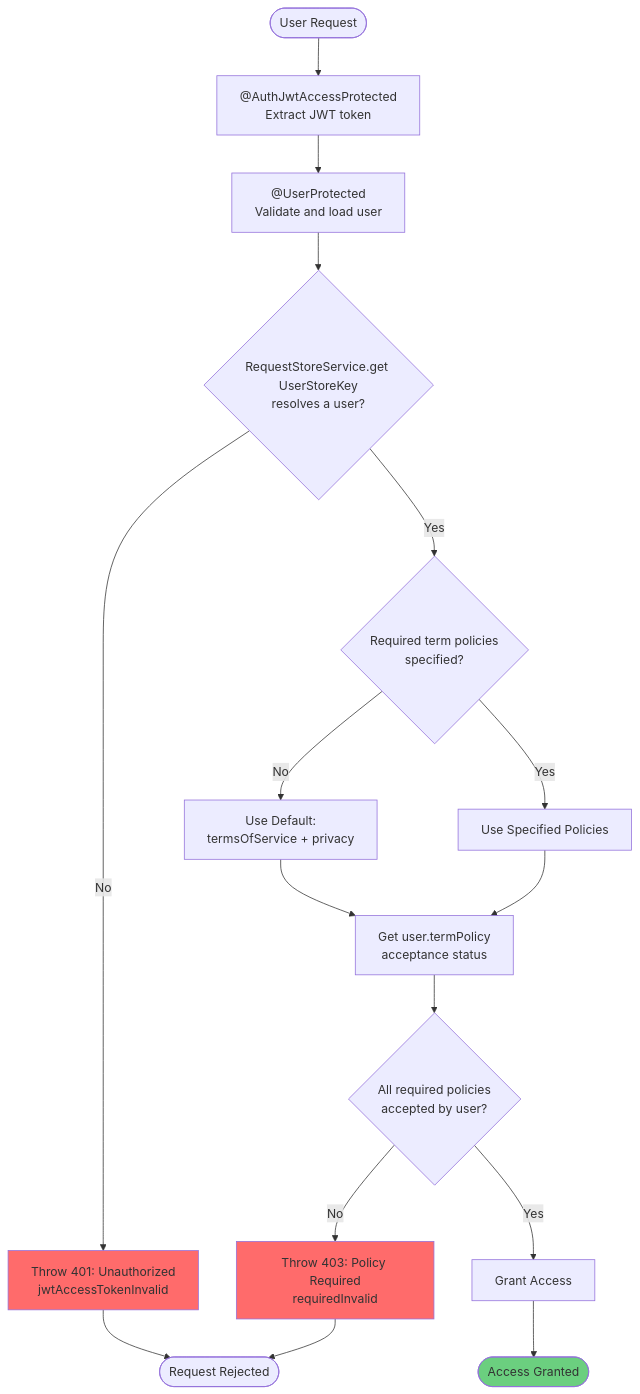
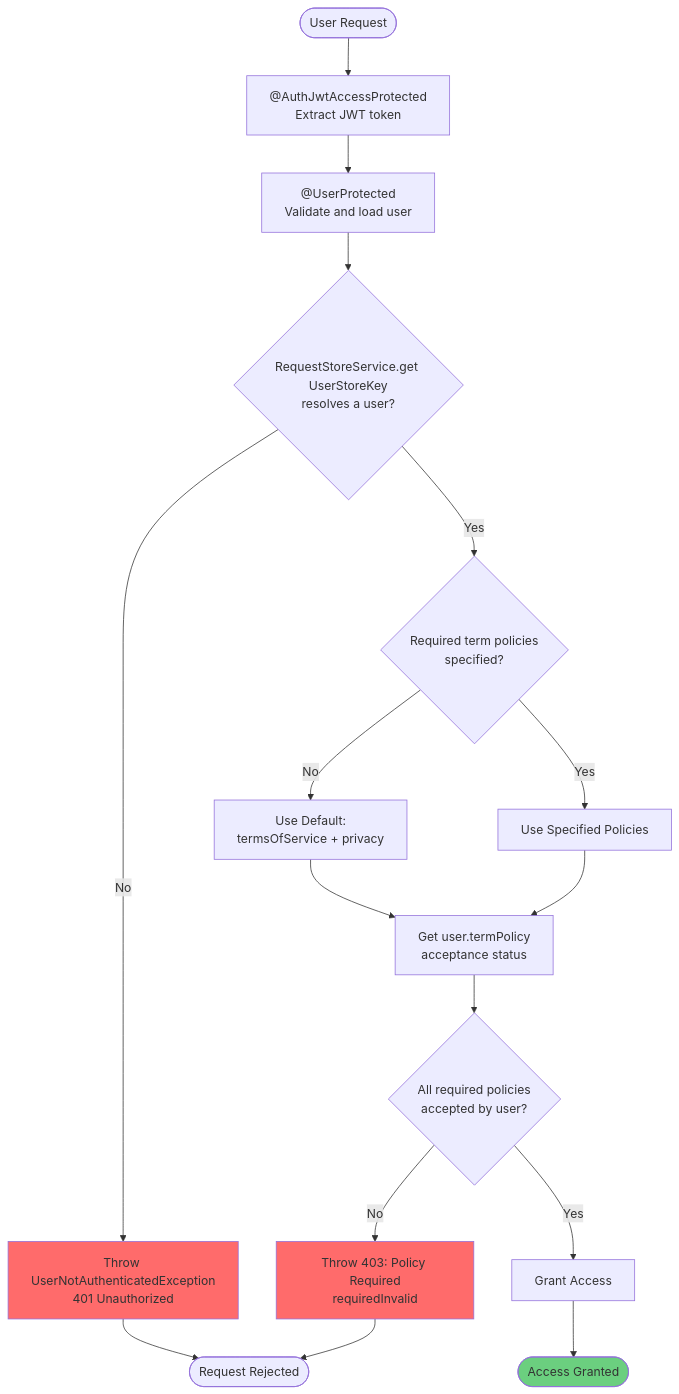
Before and after one commit to andrechristikan/ack-nestjs-boilerplate: the third of 3 diagrams in docs/term-policy.md, drawn with Mermaid. The commit also changed other lines of this file and 387 other files, not shown here.

Commit message:
refactor: Base pagination search, activity-log naming, FCM token retry, and typed error handling

````diff
--- a/docs/term-policy.md
+++ b/docs/term-policy.md
@@ -444,29 +447,29 @@
 ```mermaid
 flowchart TD
     Start([User Request]) --> JwtGuard[ @AuthJwtAccessProtected<br/>Extract JWT token]
     JwtGuard --> UserGuard[ @UserProtected<br/>Validate and load user]
     UserGuard --> CheckUser{RequestStoreService.get UserStoreKey<br/>resolves a user?}
 
-    CheckUser -->|No| ErrorUser[Throw 401: Unauthorized<br/>jwtAccessTokenInvalid]
+    CheckUser -->|No| ErrorUser[Throw UserNotAuthenticatedException<br/>401 Unauthorized]
     CheckUser -->|Yes| CheckRequired{Required term policies<br/>specified?}
 
     CheckRequired -->|No| SetDefault[Use Default:<br/>termsOfService + privacy]
     CheckRequired -->|Yes| UseSpecified[Use Specified Policies]
 
     SetDefault --> GetTermPolicy[Get user.termPolicy<br/>acceptance status]
     UseSpecified --> GetTermPolicy
 
     GetTermPolicy --> CheckAcceptance{All required policies<br/>accepted by user?}
 
     CheckAcceptance -->|No| ErrorRequired[Throw 403: Policy Required<br/>requiredInvalid]
     CheckAcceptance -->|Yes| GrantAccess[Grant Access]
 
     GrantAccess --> Success([Access Granted])
 
     ErrorUser --> End([Request Rejected])
     ErrorRequired --> End
 
     style ErrorUser fill:#ff6b6b
     style ErrorRequired fill:#ff6b6b
     style Success fill:#6bcf7f
 ```
````
